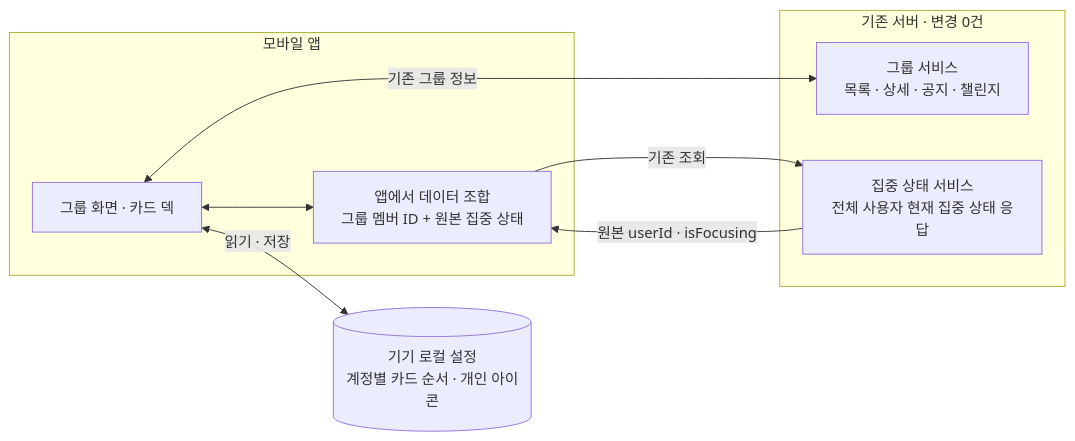
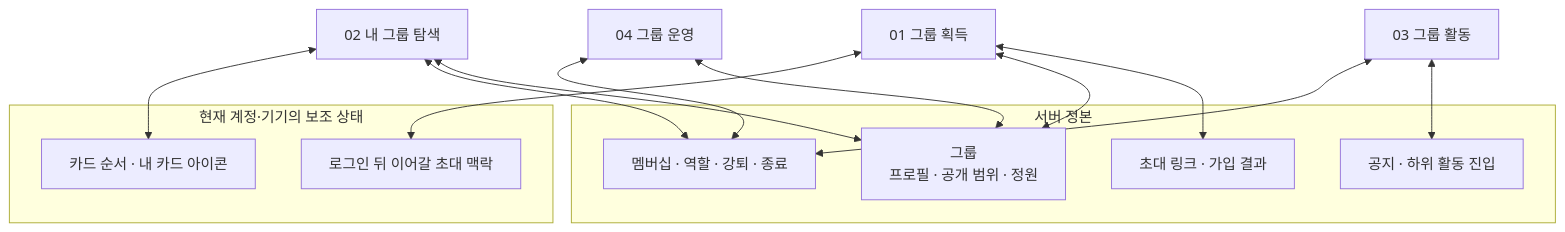
The second of 5 diagrams in docs/prd/group/high-level-design.md (OneOrThree/phone), drawn with Mermaid before and after one commit. The commit also changed other lines of this file and 17 other files, not shown here.

````diff
--- a/docs/prd/group/high-level-design.md
+++ b/docs/prd/group/high-level-design.md
@@ -193,20 +76,25 @@
 ```mermaid
-flowchart LR
-    subgraph MOBILE["모바일 앱"]
-        UI["그룹 화면 · 카드 덱"]
-        COMBINE["앱에서 데이터 조합<br/>그룹 멤버 ID + 원본 집중 상태"]
-        UI <--> COMBINE
+flowchart TB
+    subgraph Server["서버 정본"]
+        Group["그룹<br/>프로필 · 공개 범위 · 정원"]
+        Member["멤버십 · 역할 · 강퇴 · 종료"]
+        Content["공지 · 하위 활동 진입"]
+        Invite["초대 링크 · 가입 결과"]
     end
 
-    subgraph SERVER["기존 서버 · 변경 0건"]
-        GROUPS["그룹 서비스<br/>목록 · 상세 · 공지 · 챌린지"]
-        FOCUS_SERVICE["집중 상태 서비스<br/>전체 사용자 현재 집중 상태 응답"]
+    subgraph Device["현재 계정·기기의 보조 상태"]
+        Preference["카드 순서 · 내 카드 아이콘"]
+        Pending["로그인 뒤 이어갈 초대 맥락"]
     end
 
-    LOCAL[("기기 로컬 설정<br/>계정별 카드 순서 · 개인 아이콘")]
-
-    UI <-->|"기존 그룹 정보"| GROUPS
-    FOCUS_SERVICE -->|"원본 userId · isFocusing"| COMBINE
-    COMBINE -->|"기존 조회"| FOCUS_SERVICE
-    UI <-->|"읽기 · 저장"| LOCAL
+    Acquire["01 그룹 획득"] <--> Invite
+    Acquire <--> Group
+    Explore["02 내 그룹 탐색"] <--> Group
+    Explore <--> Member
+    Explore <--> Preference
+    Activity["03 그룹 활동"] <--> Content
+    Activity <--> Member
+    Operate["04 그룹 운영"] <--> Group
+    Operate <--> Member
+    Acquire <--> Pending
 ```
````
